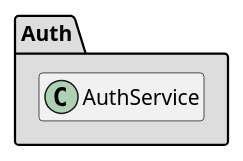
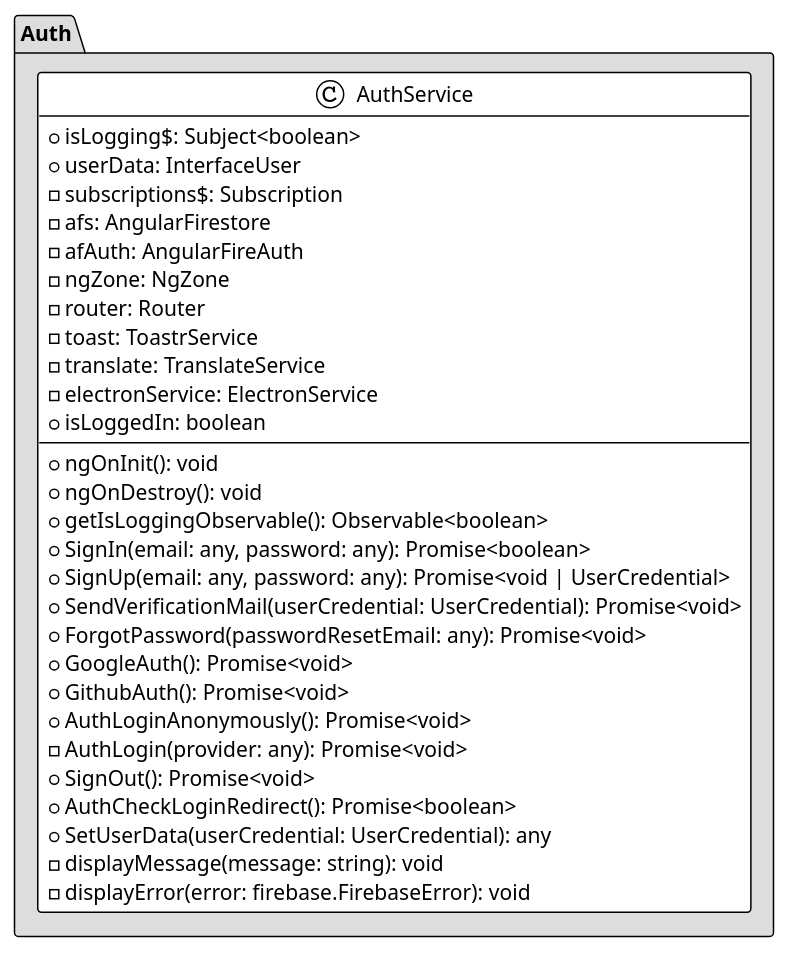
One commit to nonodev96/THUMDER changed the diagram in UML/THUMDER-core-Auth.puml. Above: the diagram before and after it, drawn with PlantUML. The commit also changed 25 other files, not shown here.

```diff
--- a/UML/THUMDER-core-Auth.puml
+++ b/UML/THUMDER-core-Auth.puml
@@ -1,41 +1,42 @@
 @startuml
-hide class fields
-hide class method
-hide interface fields
-hide interface method
-
+!theme plain
+'hide class fields
+'hide class method
+'hide interface fields
+'hide interface method
+skinparam defaultFontName "JetBrains Mono"
 skinparam linetype ortho
 
 package Auth #DDDDDD {
   class AuthService {
     +isLogging$: Subject<boolean>
     +userData: InterfaceUser
     -subscriptions$: Subscription
     -afs: AngularFirestore
     -afAuth: AngularFireAuth
     -ngZone: NgZone
     -router: Router
     -toast: ToastrService
     -translate: TranslateService
     -electronService: ElectronService
     +ngOnInit(): void
     +ngOnDestroy(): void
     +getIsLoggingObservable(): Observable<boolean>
     +SignIn(email: any, password: any): Promise<boolean>
     +SignUp(email: any, password: any): Promise<void | UserCredential>
     +SendVerificationMail(userCredential: UserCredential): Promise<void>
     +ForgotPassword(passwordResetEmail: any): Promise<void>
     +isLoggedIn: boolean
     +GoogleAuth(): Promise<void>
     +GithubAuth(): Promise<void>
     +AuthLoginAnonymously(): Promise<void>
     -AuthLogin(provider: any): Promise<void>
     +SignOut(): Promise<void>
     +AuthCheckLoginRedirect(): Promise<boolean>
     +SetUserData(userCredential: UserCredential): any
     -displayMessage(message: string): void
     -displayError(error: firebase.FirebaseError): void
   }
 }
 
 @enduml
```
